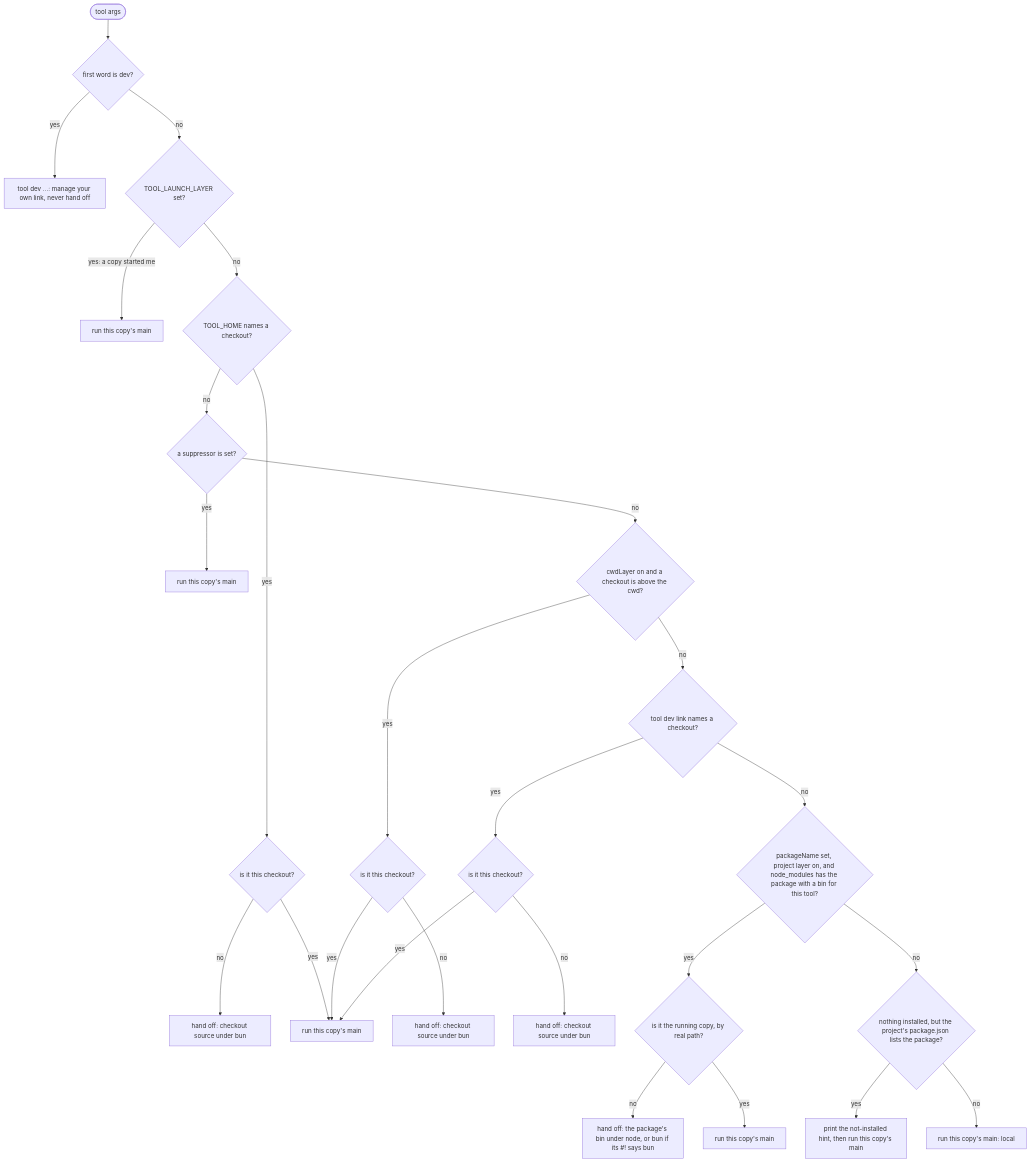
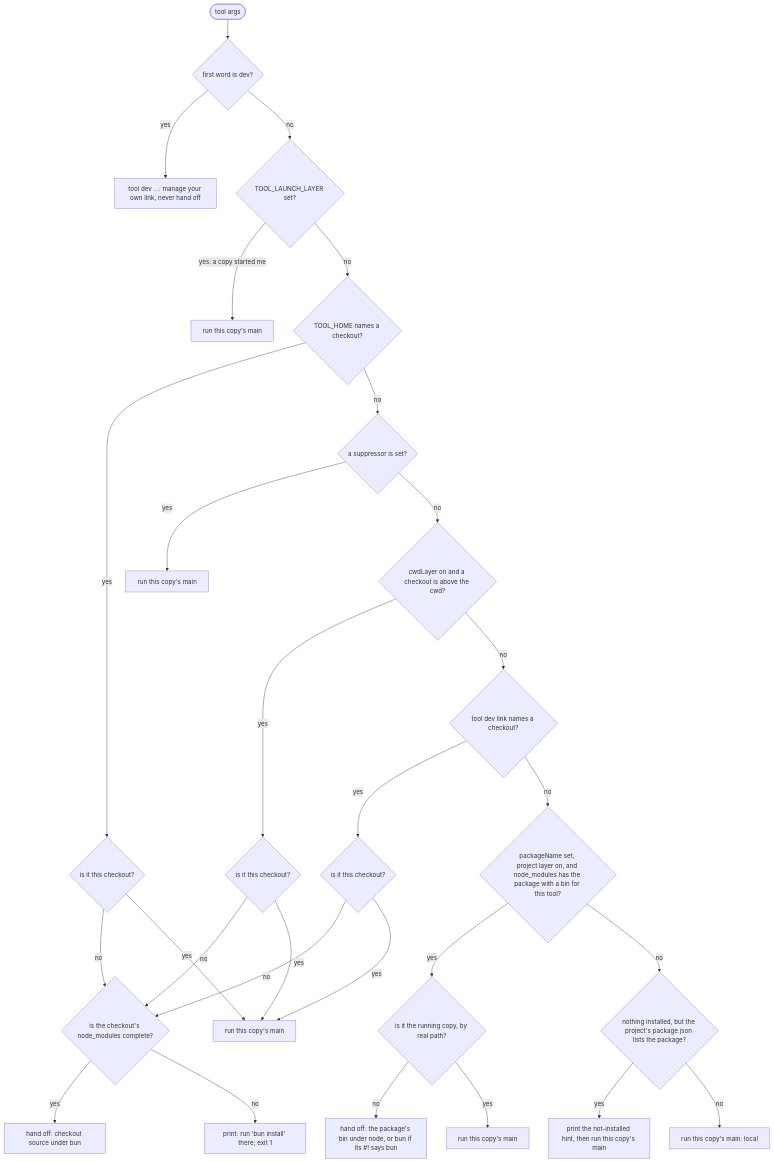
Before and after one commit to osdlc/osdlc: the first of 2 diagrams in packages/ts/cli-tool/docs/guide/launch-order.md, drawn with Mermaid. The commit also changed other lines of this file and 11 other files, not shown here.

First line of the commit message:
cli-tool: devlink hand-off reuses the running bun, refuses an uninstalled checkout

````diff
--- a/packages/ts/cli-tool/docs/guide/launch-order.md
+++ b/packages/ts/cli-tool/docs/guide/launch-order.md
@@ -23,28 +23,30 @@
 ```mermaid
 flowchart TD
   start(["tool args"]) --> dev{"first word is dev?"}
   dev -- yes --> devcli["tool dev ...: manage your own link, never hand off"]
   dev -- no --> guard{"TOOL_LAUNCH_LAYER set?"}
   guard -- "yes: a copy started me" --> self1["run this copy's main"]
   guard -- no --> env{"TOOL_HOME names a checkout?"}
   env -- yes --> ownE{"is it this checkout?"}
-  ownE -- no --> bun1["hand off: checkout source under bun"]
+  ownE -- no --> deps{"is the checkout's node_modules complete?"}
+  deps -- yes --> bun["hand off: checkout source under bun"]
+  deps -- no --> refuse["print: run 'bun install' there; exit 1"]
   ownE -- yes --> self2["run this copy's main"]
   env -- no --> sup{"a suppressor is set?"}
   sup -- yes --> self3["run this copy's main"]
   sup -- no --> cwd{"cwdLayer on and a checkout is above the cwd?"}
   cwd -- yes --> ownC{"is it this checkout?"}
-  ownC -- no --> bun2["hand off: checkout source under bun"]
+  ownC -- no --> deps
   ownC -- yes --> self2
   cwd -- no --> link{"tool dev link names a checkout?"}
   link -- yes --> ownL{"is it this checkout?"}
-  ownL -- no --> bun3["hand off: checkout source under bun"]
+  ownL -- no --> deps
   ownL -- yes --> self2
   link -- no --> proj{"packageName set, project layer on, and node_modules has the package with a bin for this tool?"}
   proj -- yes --> ownP{"is it the running copy, by real path?"}
   ownP -- no --> node["hand off: the package's bin under node, or bun if its #! says bun"]
   ownP -- yes --> self4["run this copy's main"]
   proj -- no --> decl{"nothing installed, but the project's package.json lists the package?"}
   decl -- yes --> hint["print the not-installed hint, then run this copy's main"]
   decl -- no --> self5["run this copy's main: local"]
 ```
````
